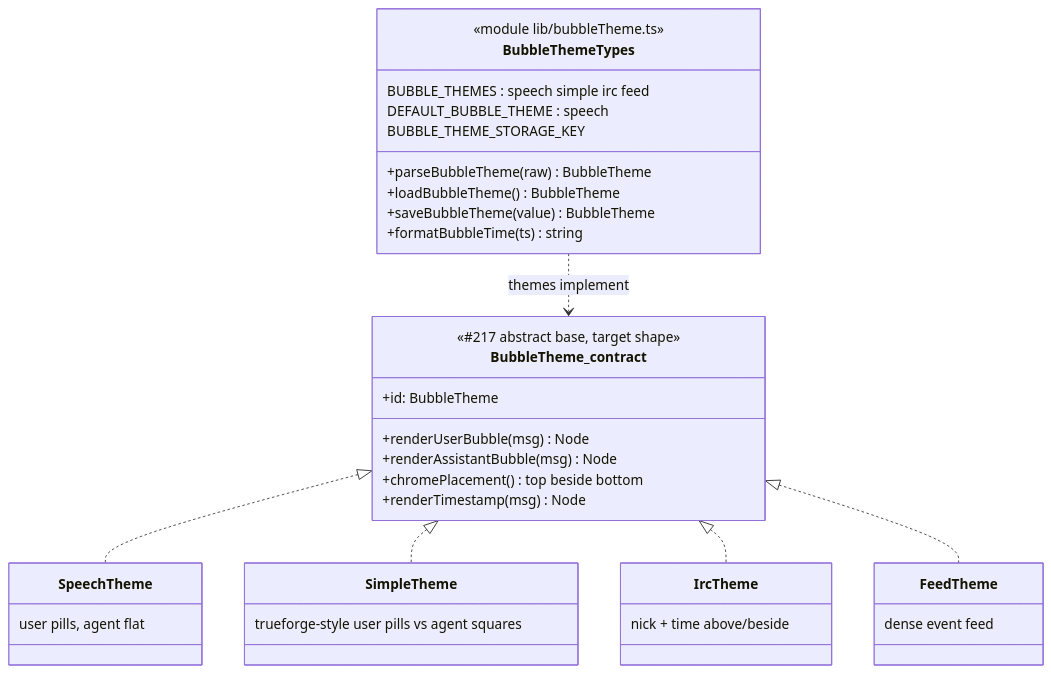
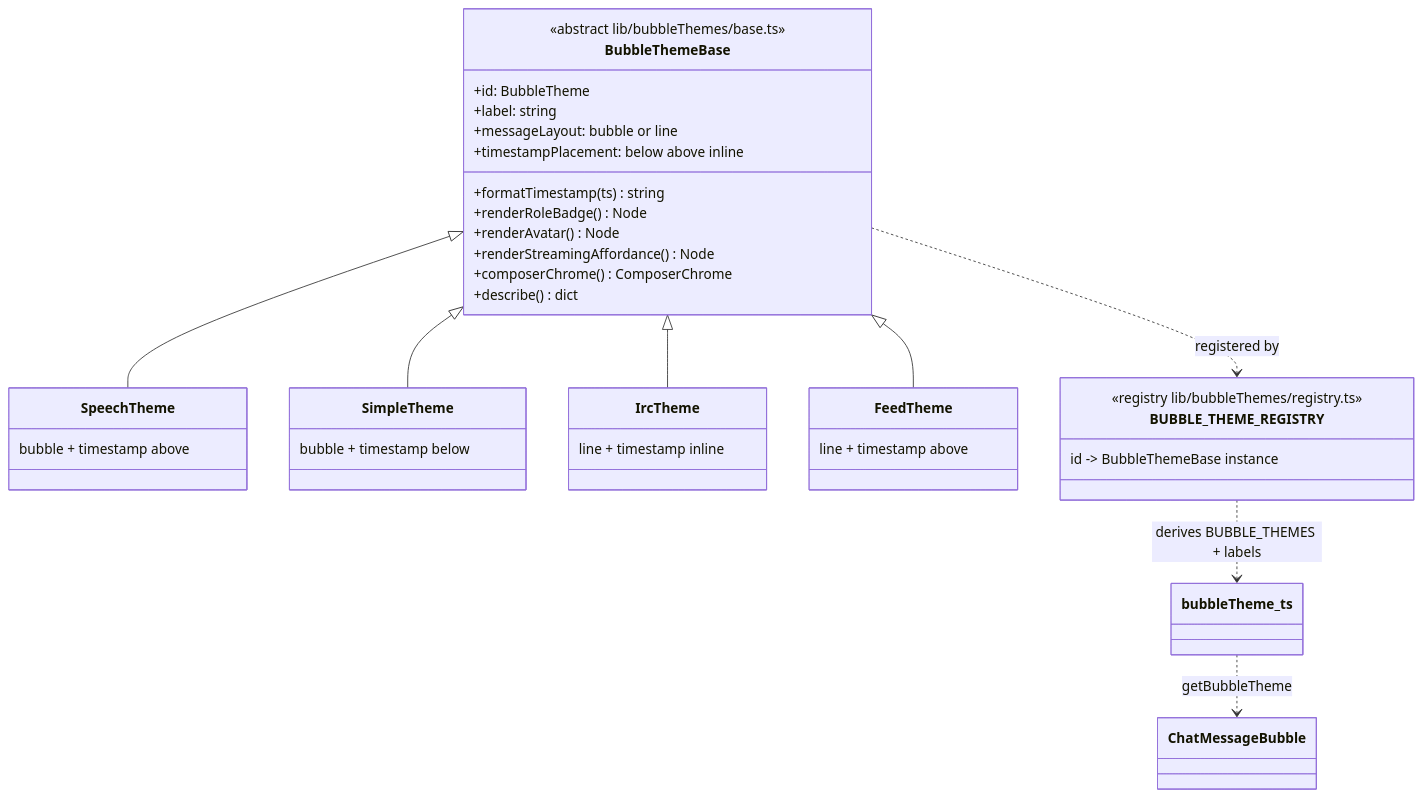
The diagram in docs/diagrams/bubble-themes.md (matthewhand/operating-swarm), drawn with Mermaid before and after one commit. The commit also changed other lines of this file and 11 other files, not shown here.

First line of the commit message:
feat(webui): make bubble themes an abstract base with registry (#217)

````diff
--- a/docs/diagrams/bubble-themes.md
+++ b/docs/diagrams/bubble-themes.md
@@ -10,43 +10,44 @@
 ```mermaid
 classDiagram
     direction TB
 
-    class BubbleThemeTypes {
-        <<module lib/bubbleTheme.ts>>
-        BUBBLE_THEMES : speech simple irc feed
-        DEFAULT_BUBBLE_THEME : speech
-        BUBBLE_THEME_STORAGE_KEY
-        +parseBubbleTheme(raw) BubbleTheme
-        +loadBubbleTheme() BubbleTheme
-        +saveBubbleTheme(value) BubbleTheme
-        +formatBubbleTime(ts) string
-    }
-
-    class BubbleTheme_contract {
-        <<#217 abstract base, target shape>>
+    class BubbleThemeBase {
+        <<abstract lib/bubbleThemes/base.ts>>
         +id: BubbleTheme
-        +renderUserBubble(msg) Node
-        +renderAssistantBubble(msg) Node
-        +chromePlacement() top beside bottom
-        +renderTimestamp(msg) Node
+        +label: string
+        +messageLayout: bubble or line
+        +timestampPlacement: below above inline
+        +formatTimestamp(ts) string
+        +renderRoleBadge() Node
+        +renderAvatar() Node
+        +renderStreamingAffordance() Node
+        +composerChrome() ComposerChrome
+        +describe() dict
     }
 
     class SpeechTheme {
-        user pills, agent flat
+        bubble + timestamp above
     }
     class SimpleTheme {
-        trueforge-style user pills vs agent squares
+        bubble + timestamp below
     }
     class IrcTheme {
-        nick + time above/beside
+        line + timestamp inline
     }
     class FeedTheme {
-        dense event feed
+        line + timestamp above
     }
 
-    BubbleThemeTypes ..> BubbleTheme_contract : themes implement
-    BubbleTheme_contract <|.. SpeechTheme
-    BubbleTheme_contract <|.. SimpleTheme
-    BubbleTheme_contract <|.. IrcTheme
-    BubbleTheme_contract <|.. FeedTheme
+    BubbleThemeBase <|-- SpeechTheme
+    BubbleThemeBase <|-- SimpleTheme
+    BubbleThemeBase <|-- IrcTheme
+    BubbleThemeBase <|-- FeedTheme
+
+    class BUBBLE_THEME_REGISTRY {
+        <<registry lib/bubbleThemes/registry.ts>>
+        id -> BubbleThemeBase instance
+    }
+    BubbleThemeBase ..> BUBBLE_THEME_REGISTRY : registered by
+    BUBBLE_THEME_REGISTRY ..> bubbleTheme_ts : derives BUBBLE_THEMES + labels
+    bubbleTheme_ts ..> ChatMessageBubble : getBubbleTheme
 ```
````
